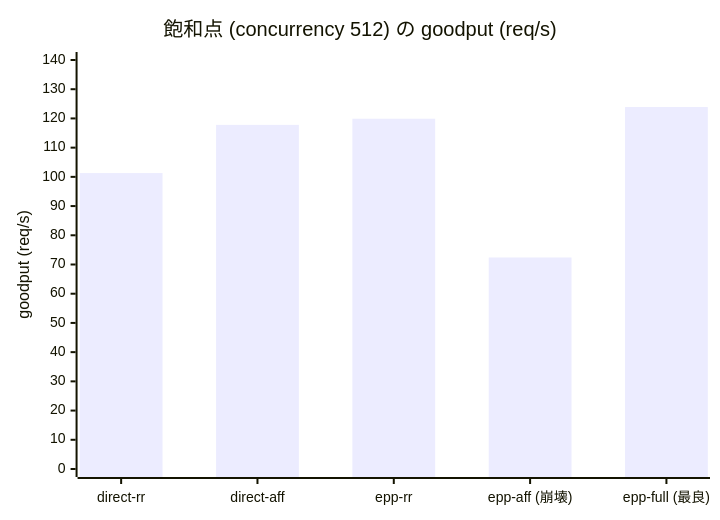
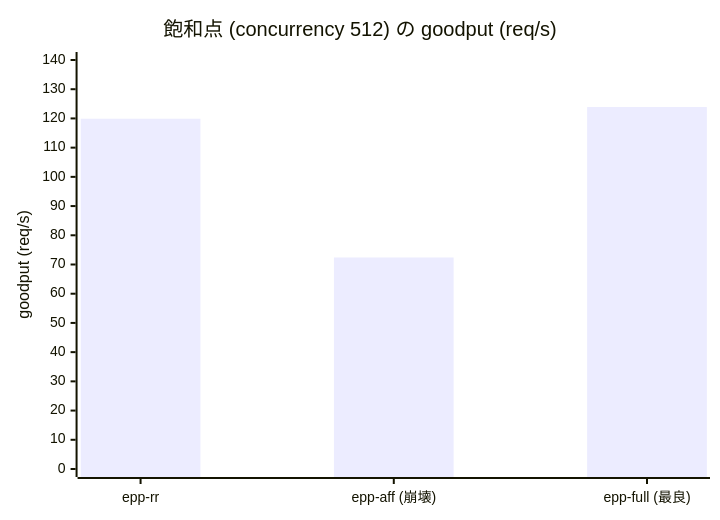
The diagram in articles/e2d140639e55fe.md (littlemex/zenn), drawn with Mermaid before and after one commit. The commit also changed other lines of this file, not shown here.

````diff
--- a/articles/e2d140639e55fe.md
+++ b/articles/e2d140639e55fe.md
@@ -365,7 +372,7 @@
 ```mermaid
 xychart-beta
     title "飽和点 (concurrency 512) の goodput (req/s)"
-    x-axis ["direct-rr", "direct-aff", "epp-rr", "epp-aff (崩壊)", "epp-full (最良)"]
+    x-axis ["epp-rr", "epp-aff (崩壊)", "epp-full (最良)"]
     y-axis "goodput (req/s)" 0 --> 140
-    bar [101.3, 117.8, 119.9, 72.4, 123.9]
+    bar [119.9, 72.4, 123.9]
 ```
````
